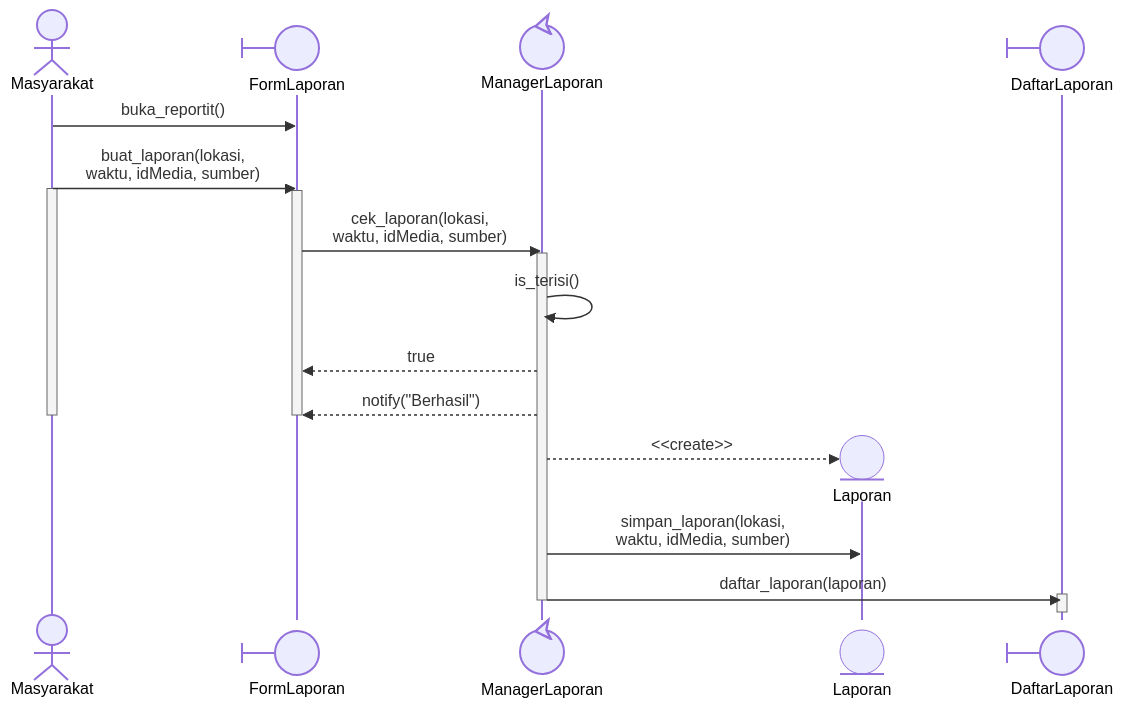
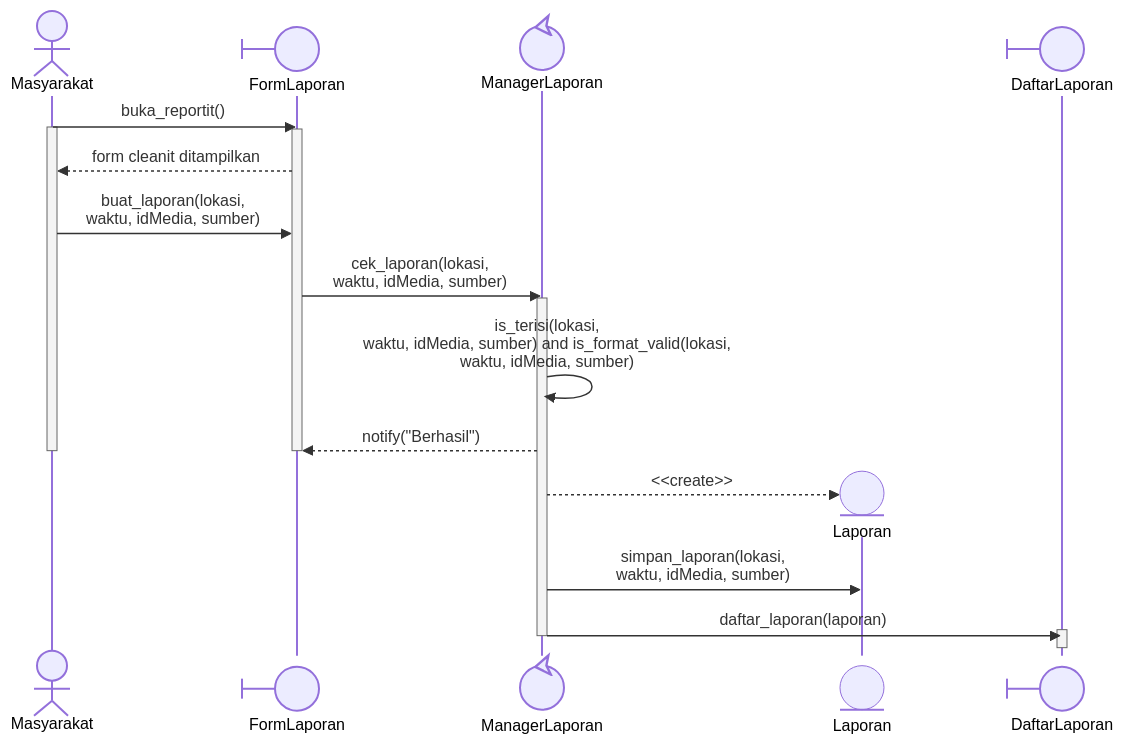
One commit to star-scripter/IF2150-RPL-K03-G02 changed the third of 29 diagrams in docs/M8/K03_G02_DPPL2.md. Above: the diagram before and after it, drawn with Mermaid. The commit also changed other lines of this file, not shown here.

````diff
--- a/docs/M8/K03_G02_DPPL2.md
+++ b/docs/M8/K03_G02_DPPL2.md
@@ -313,30 +313,30 @@
 ```mermaid
 %%{init: {'themeCSS': '.actor-line { stroke-dasharray: 4, 4; }'}}%%
 sequenceDiagram
     actor M as Masyarakat;
     participant FL@{"type":"boundary"} as FormLaporan;
 
     M->>FL: buka_reportit()
-    M->>FL: buat_laporan(lokasi, <br/>waktu, idMedia, sumber);
     activate M;
     activate FL;
+    FL-->>M: form cleanit ditampilkan
+    M->>FL: buat_laporan(lokasi, <br/>waktu, idMedia, sumber);
 
     participant LC@{"type":"control"} as ManagerLaporan
     FL->>LC: cek_laporan(lokasi, <br/>waktu, idMedia, sumber)
     activate LC;
-    LC->>LC: is_terisi()
-    LC-->>FL: true
+    LC->>LC: is_terisi(lokasi, <br/>waktu, idMedia, sumber) and is_format_valid(lokasi, <br/>waktu, idMedia, sumber)
     LC-->>FL: notify("Berhasil")
     deactivate FL;
     deactivate M;
     
     create participant L@{"type":"entity"} as Laporan;
     LC-->>L: <<create>>;
     LC->>L: simpan_laporan(lokasi, <br/>waktu, idMedia, sumber);
     
     participant DL@{"type":"boundary"} as DaftarLaporan;
     LC->>DL: daftar_laporan(laporan)
     activate DL;
     deactivate DL;
     deactivate LC;
 ```
````
